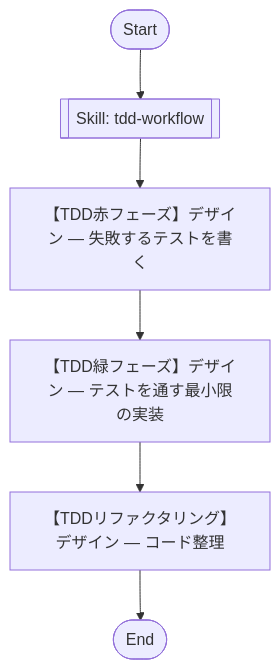
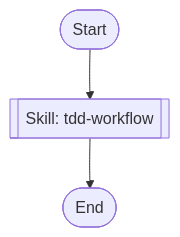
One commit to lihs-ie/alpha-mind changed the diagram in .claude/agents/dev_tdd-design.md. Above: the diagram before and after it, drawn with Mermaid. The commit also changed other lines of this file and 17 other files, not shown here.

````diff
--- a/.claude/agents/dev_tdd-design.md
+++ b/.claude/agents/dev_tdd-design.md
@@ -6,15 +7,9 @@
 ```mermaid
 flowchart TD
-    des_sf_start([Start])
-    des_sf_tdd_skill[[Skill: tdd-workflow]]
-    des_sf_red[【TDD赤フェーズ】デザイン — 失敗するテストを書く]
-    des_sf_green[【TDD緑フェーズ】デザイン — テストを通す最小限の実装]
-    des_sf_refactor[【TDDリファクタリング】デザイン — コード整理]
-    des_sf_end([End])
+    sf_design_start([Start])
+    sf_design_skill[[Skill: tdd-workflow]]
+    sf_design_end([End])
 
-    des_sf_start --> des_sf_tdd_skill
-    des_sf_tdd_skill --> des_sf_red
-    des_sf_red --> des_sf_green
-    des_sf_green --> des_sf_refactor
-    des_sf_refactor --> des_sf_end
+    sf_design_start --> sf_design_skill
+    sf_design_skill --> sf_design_end
 ```
````
